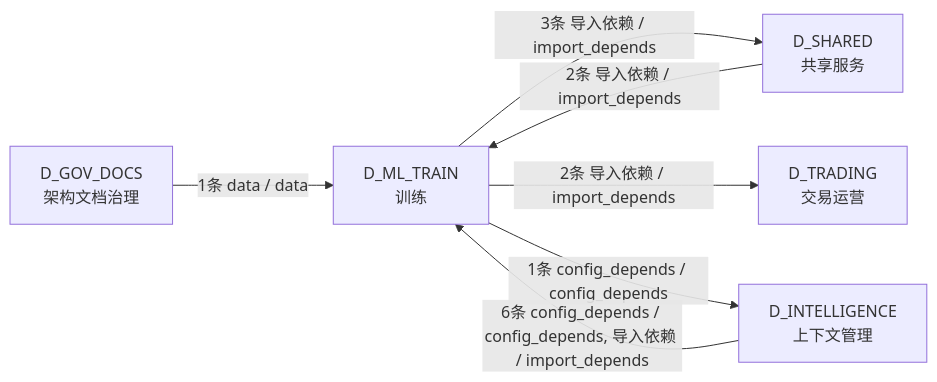
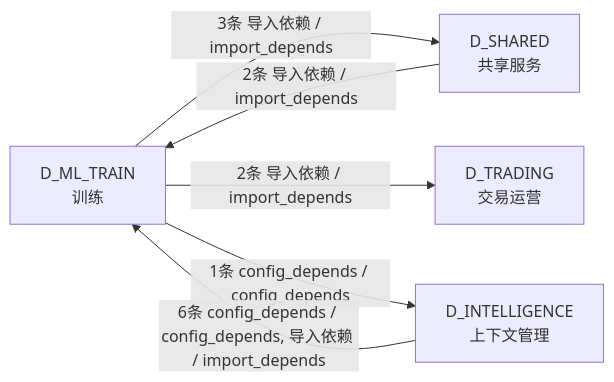
Before and after one commit to xuanFelixVan/ZephyrAlpha: the fourth of 4 diagrams in docs/02_enterprise_architecture/02_domain_architecture_docs/50_d_ml_train.md, drawn with Mermaid. The commit also changed other lines of this file and 126 other files, not shown here.

````diff
--- a/docs/02_enterprise_architecture/02_domain_architecture_docs/50_d_ml_train.md
+++ b/docs/02_enterprise_architecture/02_domain_architecture_docs/50_d_ml_train.md
@@ -213,14 +207,12 @@
 ```mermaid
 graph LR
     D_ML_TRAIN["D_ML_TRAIN<br/>训练"]
     D_SHARED["D_SHARED<br/>共享服务"]
     D_TRADING["D_TRADING<br/>交易运营"]
     D_INTELLIGENCE["D_INTELLIGENCE<br/>上下文管理"]
-    D_GOV_DOCS["D_GOV_DOCS<br/>架构文档治理"]
     D_ML_TRAIN -->|3条 导入依赖 / import_depends| D_SHARED
     D_ML_TRAIN -->|2条 导入依赖 / import_depends| D_TRADING
     D_ML_TRAIN -->|1条 config_depends / config_depends| D_INTELLIGENCE
     D_INTELLIGENCE -->|6条 config_depends / config_depends, 导入依赖 / import_depends| D_ML_TRAIN
     D_SHARED -->|2条 导入依赖 / import_depends| D_ML_TRAIN
-    D_GOV_DOCS -->|1条 data / data| D_ML_TRAIN
 ```
````
